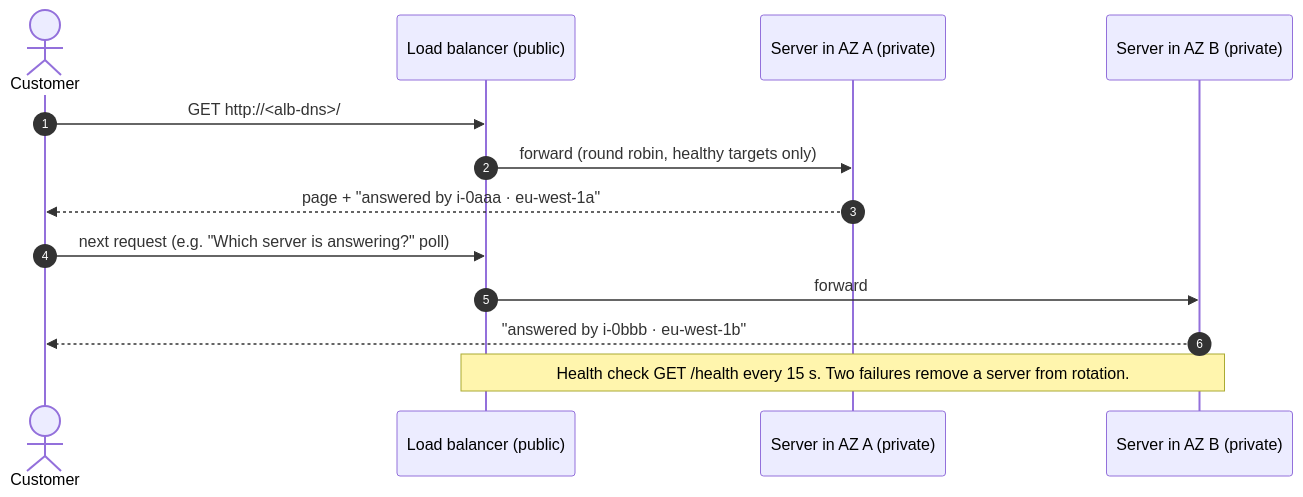
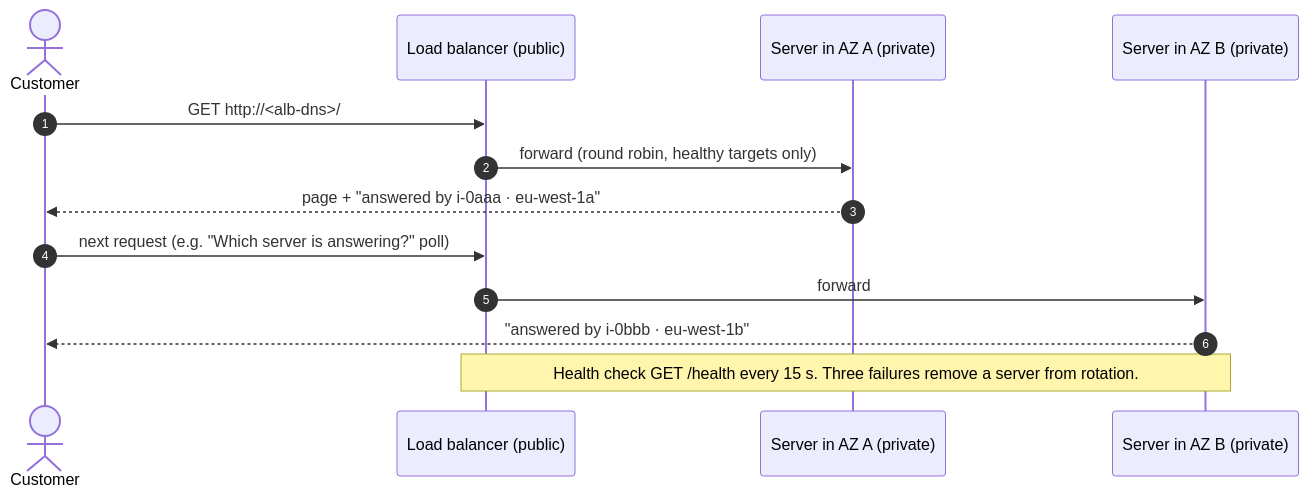
One commit to jadofils/week3-aws-lab1-compute-server-container-practical-solution changed the second of 4 diagrams in docs/architecture/README.md. Above: the diagram before and after it, drawn with Mermaid. The commit also changed other lines of this file and 7 other files, not shown here.

Commit message:
docs: align docs and diagram with the simplified template

````diff
--- a/docs/architecture/README.md
+++ b/docs/architecture/README.md
@@ -62,15 +59,15 @@
 ```mermaid
 sequenceDiagram
   autonumber
   actor C as Customer
   participant ALB as Load balancer (public)
   participant S1 as Server in AZ A (private)
   participant S2 as Server in AZ B (private)
   C->>ALB: GET http://<alb-dns>/
   ALB->>S1: forward (round robin, healthy targets only)
   S1-->>C: page + "answered by i-0aaa · eu-west-1a"
   C->>ALB: next request (e.g. "Which server is answering?" poll)
   ALB->>S2: forward
   S2-->>C: "answered by i-0bbb · eu-west-1b"
-  Note over ALB,S2: Health check GET /health every 15 s. Two failures remove a server from rotation.
+  Note over ALB,S2: Health check GET /health every 15 s. Three failures remove a server from rotation.
 ```
````
